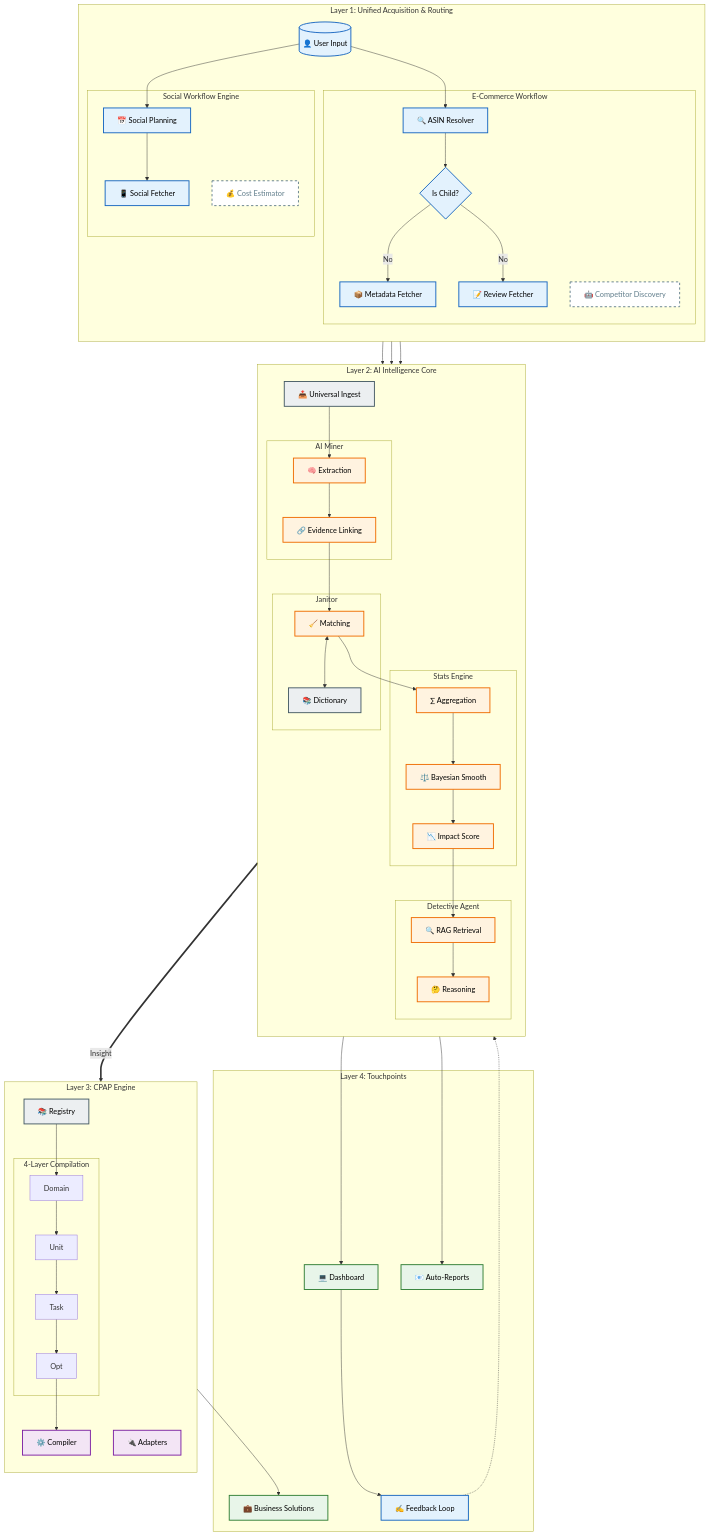
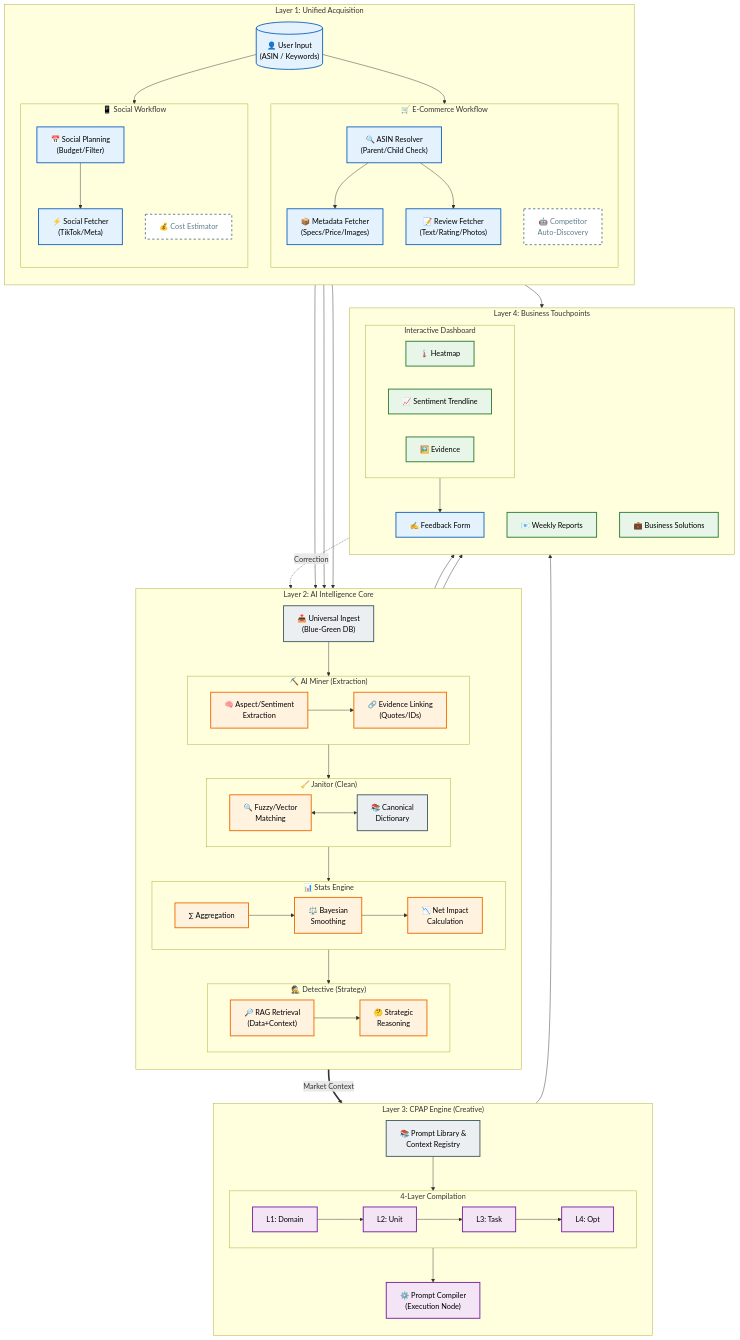
One commit to Daniel-LeTC/AI_market_intel_platform changed the second of 4 diagrams in docs/ECOSYSTEM_NODES_MAP.md. Above: the diagram before and after it, drawn with Mermaid. The commit also changed other lines of this file, not shown here.

Commit message:
docs: finalize Master Architecture Map with Executive, Architect, and Engineer views

````diff
--- a/docs/ECOSYSTEM_NODES_MAP.md
+++ b/docs/ECOSYSTEM_NODES_MAP.md
@@ -60,5 +60,5 @@
 ```mermaid
-graph TD
+graph TB
     %% --- STYLES ---
     classDef flow fill:#e3f2fd,stroke:#1565c0,stroke-width:2px,color:#000;
     classDef ai fill:#fff3e0,stroke:#ef6c00,stroke-width:2px,color:#000;
@@ -67,90 +67,125 @@
     classDef output fill:#e8f5e9,stroke:#2e7d32,stroke-width:2px,color:#000;
     classDef hidden fill:#ffffff,stroke:#607d8b,stroke-width:2px,color:#607d8b,stroke-dasharray: 5 5;
 
-    %% --- LAYER 1: UNIFIED ACQUISITION ---
-    subgraph ACQ ["Layer 1: Unified Acquisition & Routing"]
+    %% --- LAYER 1: ACQUISITION ---
+    subgraph ACQ ["Layer 1: Unified Acquisition"]
         direction TB
-        Input_User[("👤 User Input")]:::flow
+        Input_User[("👤 User Input<br/>(ASIN / Keywords)")]:::flow
         
-        subgraph ECOM_FLOW ["E-Commerce Workflow"]
-            Node_Resolver["🔍 ASIN Resolver"]:::flow
-            Node_Forwarder{"Is Child?"}:::flow
-            Node_Competitor_Auto["🤖 Competitor Discovery"]:::hidden
-            Node_Fetcher_Meta["📦 Metadata Fetcher"]:::flow
-            Node_Fetcher_Review["📝 Review Fetcher"]:::flow
+        subgraph ECOM_FLOW ["🛒 E-Commerce Workflow"]
+            direction TB
+            Node_Resolver["🔍 ASIN Resolver<br/>(Parent/Child Check)"]:::flow
+            Node_Fetcher_Meta["📦 Metadata Fetcher<br/>(Specs/Price/Images)"]:::flow
+            Node_Fetcher_Review["📝 Review Fetcher<br/>(Text/Rating/Photos)"]:::flow
+            Node_Competitor_Auto["🤖 Competitor<br/>Auto-Discovery"]:::hidden
         end
         
-        subgraph SOCIAL_FLOW ["Social Workflow Engine"]
-            Node_Social_Plan["📅 Social Planning"]:::flow
-            Node_Social_Fetch["📱 Social Fetcher"]:::flow
+        subgraph SOCIAL_FLOW ["📱 Social Workflow"]
+            direction TB
+            Node_Social_Plan["📅 Social Planning<br/>(Budget/Filter)"]:::flow
+            Node_Social_Fetch["⚡ Social Fetcher<br/>(TikTok/Meta)"]:::flow
             Node_Social_Pricing["💰 Cost Estimator"]:::hidden
         end
     end
 
-    %% --- LAYER 2: DEEP INTELLIGENCE (AI CORE) ---
+    %% --- LAYER 2: INTELLIGENCE CORE ---
     subgraph INTEL ["Layer 2: AI Intelligence Core"]
         direction TB
-        Node_Ingest["📥 Universal Ingest"]:::storage
+        Node_Ingest["📥 Universal Ingest<br/>(Blue-Green DB)"]:::storage
 
-        subgraph MINER_LOGIC ["AI Miner"]
-            Node_Miner_Extract["🧠 Extraction"]:::ai
-            Node_Miner_Evidence["🔗 Evidence Linking"]:::ai
+        subgraph MINER_LOGIC ["⛏️ AI Miner (Extraction)"]
+            direction LR
+            Node_Miner_Extract["🧠 Aspect/Sentiment<br/>Extraction"]:::ai
+            Node_Miner_Evidence["🔗 Evidence Linking<br/>(Quotes/IDs)"]:::ai
         end
 
-        subgraph JANITOR_LOGIC ["Janitor"]
-            Node_Janitor_Match["🧹 Matching"]:::ai
-            Node_Janitor_Dict["📚 Dictionary"]:::storage
+        subgraph JANITOR_LOGIC ["🧹 Janitor (Clean)"]
+            direction LR
+            Node_Janitor_Match["🔍 Fuzzy/Vector<br/>Matching"]:::ai
+            Node_Janitor_Dict["📚 Canonical<br/>Dictionary"]:::storage
         end
 
-        subgraph STATS_LOGIC ["Stats Engine"]
+        subgraph STATS_LOGIC ["📊 Stats Engine"]
+            direction LR
             Node_Stats_Agg["∑ Aggregation"]:::ai
-            Node_Stats_Weight["⚖️ Bayesian Smooth"]:::ai
-            Node_Stats_Impact["📉 Impact Score"]:::ai
+            Node_Stats_Weight["⚖️ Bayesian<br/>Smoothing"]:::ai
+            Node_Stats_Impact["📉 Net Impact<br/>Calculation"]:::ai
         end
 
-        subgraph DETECTIVE_LOGIC ["Detective Agent"]
-            Node_RAG["🔍 RAG Retrieval"]:::ai
-            Node_Reasoning["🤔 Reasoning"]:::ai
+        subgraph DETECTIVE_LOGIC ["🕵️ Detective (Strategy)"]
+            direction LR
+            Node_RAG["🔎 RAG Retrieval<br/>(Data+Context)"]:::ai
+            Node_Reasoning["🤔 Strategic<br/>Reasoning"]:::ai
         end
     end
 
     %% --- LAYER 3: CPAP ---
-    subgraph CPAP ["Layer 3: CPAP Engine"]
+    subgraph CPAP ["Layer 3: CPAP Engine (Creative)"]
         direction TB
-        Node_Library["📚 Registry"]:::storage
+        Node_Library["📚 Prompt Library &<br/>Context Registry"]:::storage
         
         subgraph LAYERS ["4-Layer Compilation"]
-            L1[Domain] --> L2[Unit] --> L3[Task] --> L4[Opt]
+            direction LR
+            L1["L1: Domain"]:::creative
+            L2["L2: Unit"]:::creative
+            L3["L3: Task"]:::creative
+            L4["L4: Opt"]:::creative
         end
         
-        Node_Compiler["⚙️ Compiler"]:::creative
-        Node_Adapter["🔌 Adapters"]:::creative
+        Node_Compiler["⚙️ Prompt Compiler<br/>(Execution Node)"]:::creative
     end
 
     %% --- LAYER 4: OUTPUT ---
-    subgraph OUT ["Layer 4: Touchpoints"]
-        UI_Dash["💻 Dashboard"]:::output
-        UI_Mail["📧 Auto-Reports"]:::output
+    subgraph OUT ["Layer 4: Business Touchpoints"]
+        direction TB
+        subgraph DASHBOARD ["Interactive Dashboard"]
+            direction LR
+            UI_Heatmap["🌡️ Heatmap"]:::output
+            UI_Trend["📈 Sentiment Trendline"]:::output
+            UI_Gallery["🖼️ Evidence"]:::output
+        end
+        UI_Mail["📧 Weekly Reports"]:::output
         UI_Biz_Sol["💼 Business Solutions"]:::output
-        Node_Feedback["✍️ Feedback Loop"]:::flow
+        Node_Feedback["✍️ Feedback Form"]:::flow
     end
 
-    %% CONNECTIONS (Simplified for Clarity)
+    %% --- CONNECTIONS (Logical Flow) ---
     Input_User --> Node_Resolver
-    Node_Resolver --> Node_Forwarder
-    Node_Forwarder -- No --> Node_Fetcher_Meta & Node_Fetcher_Review
-    Input_User --> Node_Social_Plan --> Node_Social_Fetch
+    Node_Resolver --> Node_Fetcher_Meta
+    Node_Resolver --> Node_Fetcher_Review
+    Input_User --> Node_Social_Plan
+    Node_Social_Plan --> Node_Social_Fetch
+    
+    Node_Fetcher_Meta --> Node_Ingest
+    Node_Fetcher_Review --> Node_Ingest
+    Node_Social_Fetch --> Node_Ingest
+    
+    Node_Ingest --> Node_Miner_Extract
+    Node_Miner_Extract --> Node_Miner_Evidence
+    Node_Miner_Evidence --> Node_Janitor_Match
+    Node_Janitor_Match <--> Node_Janitor_Dict
+    Node_Janitor_Match --> Node_Stats_Agg
+    
+    Node_Stats_Agg --> Node_Stats_Weight
+    Node_Stats_Weight --> Node_Stats_Impact
+    Node_Stats_Impact --> Node_RAG
+    Node_RAG --> Node_Reasoning
+    
+    Node_Reasoning --> UI_Heatmap
+    Node_Reasoning --> UI_Mail
+    Node_Fetcher_Review --> UI_Gallery
+    
+    %% THE BRIDGE
+    Node_Reasoning ==>|Market Context| Node_Compiler
+    
+    Node_Library --> L1
+    L1 --> L2
+    L2 --> L3
+    L3 --> L4
+    L4 --> Node_Compiler
+    Node_Compiler --> UI_Biz_Sol
 
-    Node_Fetcher_Meta & Node_Fetcher_Review & Node_Social_Fetch --> Node_Ingest
-    Node_Ingest --> Node_Miner_Extract --> Node_Miner_Evidence
-    Node_Miner_Evidence --> Node_Janitor_Match <--> Node_Janitor_Dict
-    Node_Janitor_Match --> Node_Stats_Agg --> Node_Stats_Weight --> Node_Stats_Impact
-    Node_Stats_Impact --> Node_RAG --> Node_Reasoning
-
-    Node_Reasoning ==>|Insight| Node_Compiler
-    Node_Library --> L1
-    L4 --> Node_Compiler --> UI_Biz_Sol
-    Node_Reasoning --> UI_Dash & UI_Mail
-
-    UI_Dash --> Node_Feedback -.-> Node_Janitor_Dict
+    %% FEEDBACK LOOP
+    UI_Heatmap --> Node_Feedback
+    Node_Feedback -.->|Correction| Node_Janitor_Dict
 ```
````
